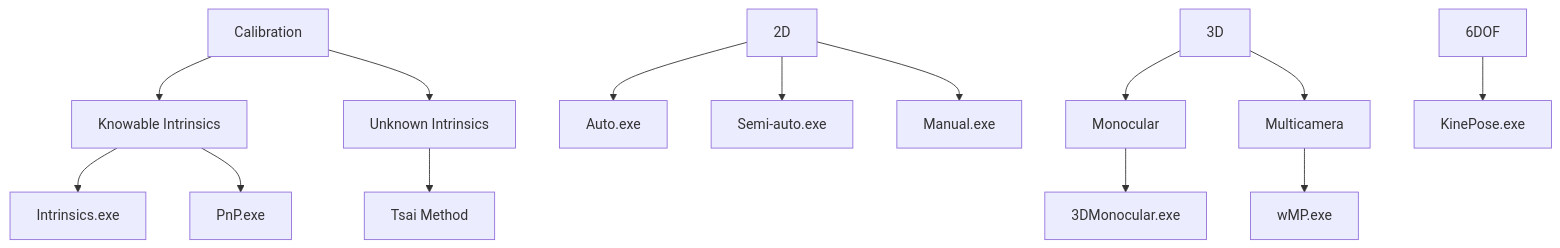
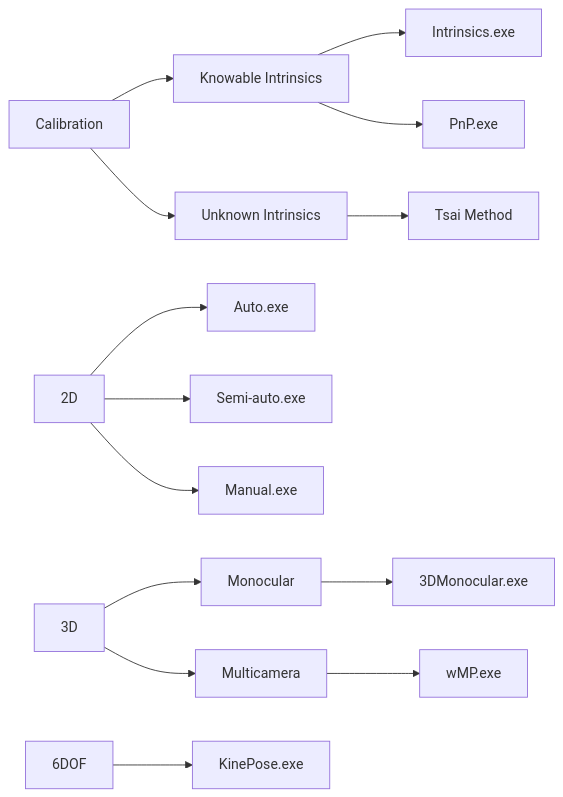
Before and after one commit to KevGildea/KinePose: the diagram in README.md, drawn with Mermaid.

````diff
--- a/README.md
+++ b/README.md
@@ -21,20 +21,20 @@
 ```mermaid
-graph TD;
+graph LR;
     Calibration --> Knowable[Knowable Intrinsics];
     Knowable --> Intrinsics[Intrinsics.exe];
     Knowable --> PnP[PnP.exe];
     Calibration --> Unknown[Unknown Intrinsics];
     Unknown --> Tsai[Tsai Method];
     
     2D --> Auto[Auto.exe];
     2D --> SemiAuto[Semi-auto.exe];
     2D --> Manual[Manual.exe];
     
     3D --> Monocular[Monocular];
     Monocular --> 3DMonocular[3DMonocular.exe];
     3D --> Multicamera[Multicamera];
     Multicamera --> wMP[wMP.exe];
     
     6DOF --> KinePose[KinePose.exe];
 
 ```
````
